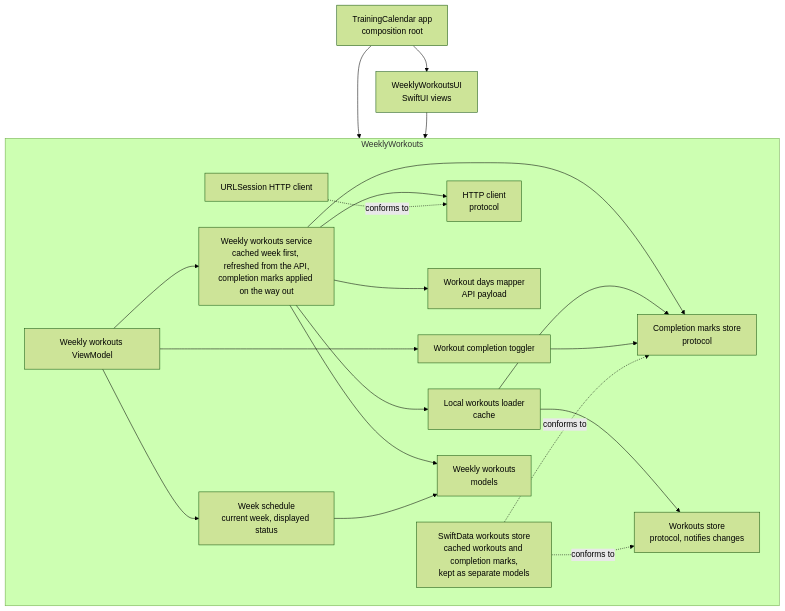
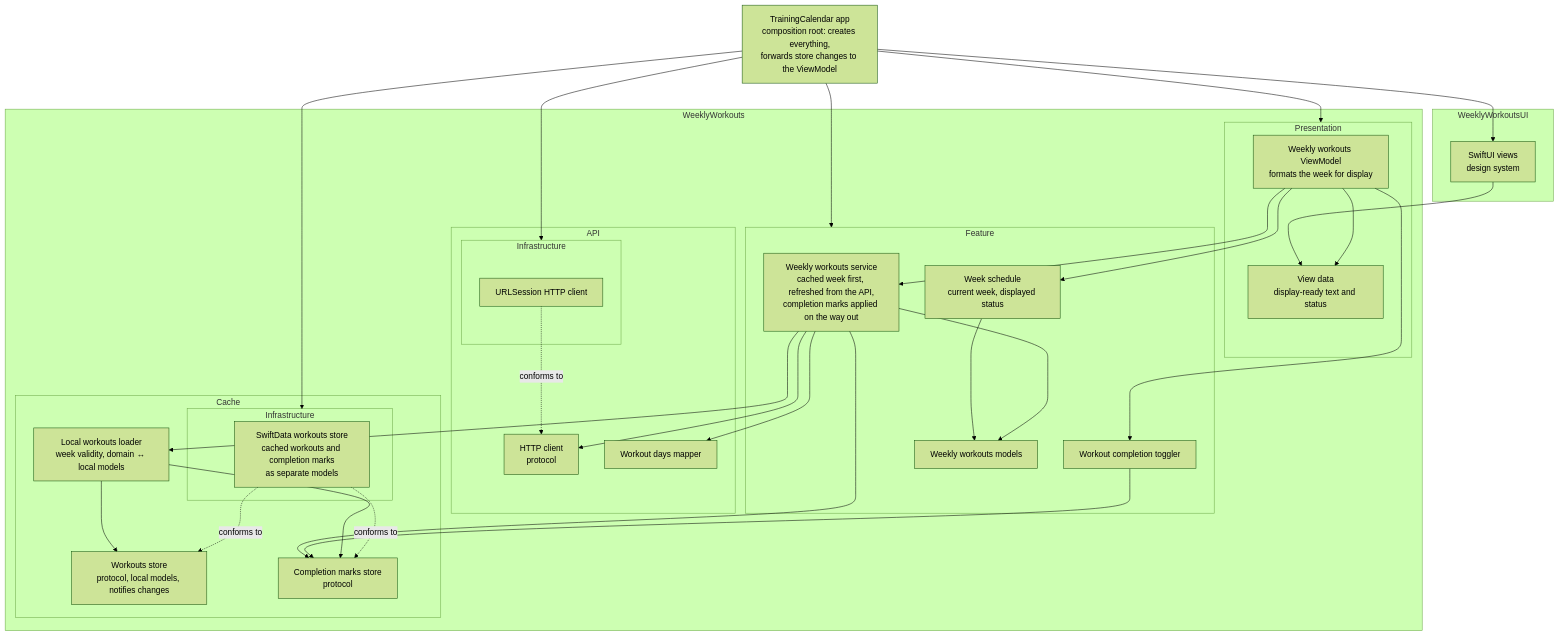
Before and after one commit to tringuyen623/training-calendar: the third of 3 diagrams in README.md, drawn with Mermaid (forest theme). The commit also changed other lines of this file, not shown here.

Commit message:
Complete the README for submission: build steps, video placeholder, AI collaboration and process, with the flowchart and architecture matching the current code

````diff
--- a/README.md
+++ b/README.md
@@ -349,23 +391,58 @@
 ```mermaid
 graph TD
-    App["TrainingCalendar app<br/>composition root"] --> UI["WeeklyWorkoutsUI<br/>SwiftUI views"]
-    App --> Package
-    UI --> Package
+    App["TrainingCalendar app<br/>composition root: creates everything,<br/>forwards store changes to the ViewModel"] --> UI
+    App --> Presentation
+    App --> Feature
+    App --> CacheInfra
+    App --> APIInfra
+
+    subgraph UITarget["WeeklyWorkoutsUI"]
+        UI["SwiftUI views<br/>design system"]
+    end
+
     subgraph Package["WeeklyWorkouts"]
-        ViewModel["Weekly workouts ViewModel"] --> Service["Weekly workouts service<br/>cached week first, refreshed from the API,<br/>completion marks applied on the way out"]
-        ViewModel --> Toggler["Workout completion toggler"]
-        Service --> Client["HTTP client<br/>protocol"]
-        Service --> Mapper["Workout days mapper<br/>API payload"]
-        Service --> Local["Local workouts loader<br/>cache"]
-        Service --> Marks["Completion marks store<br/>protocol"]
-        Local --> Store["Workouts store<br/>protocol, notifies changes"]
-        Local --> Marks
-        Toggler --> Marks
-        URLSession["URLSession HTTP client"] -. conforms to .-> Client
-        SwiftData["SwiftData workouts store<br/>cached workouts and completion marks,<br/>kept as separate models"] -. conforms to .-> Store
-        SwiftData -. conforms to .-> Marks
-        Service --> Models["Weekly workouts<br/>models"]
-        ViewModel --> Schedule["Week schedule<br/>current week, displayed status"]
-        Schedule --> Models
+        subgraph Presentation["Presentation"]
+            ViewModel["Weekly workouts ViewModel<br/>formats the week for display"]
+            ViewData["View data<br/>display-ready text and status"]
+        end
+        subgraph Feature["Feature"]
+            Service["Weekly workouts service<br/>cached week first, refreshed from the API,<br/>completion marks applied on the way out"]
+            Toggler["Workout completion toggler"]
+            Schedule["Week schedule<br/>current week, displayed status"]
+            Models["Weekly workouts models"]
+        end
+        subgraph API["API"]
+            Client["HTTP client<br/>protocol"]
+            Mapper["Workout days mapper"]
+            subgraph APIInfra["Infrastructure"]
+                URLSession["URLSession HTTP client"]
+            end
+        end
+        subgraph Cache["Cache"]
+            Local["Local workouts loader<br/>week validity, domain ↔ local models"]
+            Store["Workouts store<br/>protocol, local models, notifies changes"]
+            Marks["Completion marks store<br/>protocol"]
+            subgraph CacheInfra["Infrastructure"]
+                SwiftData["SwiftData workouts store<br/>cached workouts and completion marks<br/>as separate models"]
+            end
+        end
     end
+
+    UI --> ViewData
+    ViewModel --> ViewData
+    ViewModel --> Service
+    ViewModel --> Toggler
+    ViewModel --> Schedule
+    Schedule --> Models
+    Service --> Client
+    Service --> Mapper
+    Service --> Local
+    Service --> Marks
+    Service --> Models
+    Toggler --> Marks
+    Local --> Store
+    Local --> Marks
+    URLSession -. conforms to .-> Client
+    SwiftData -. conforms to .-> Store
+    SwiftData -. conforms to .-> Marks
 ```
````
